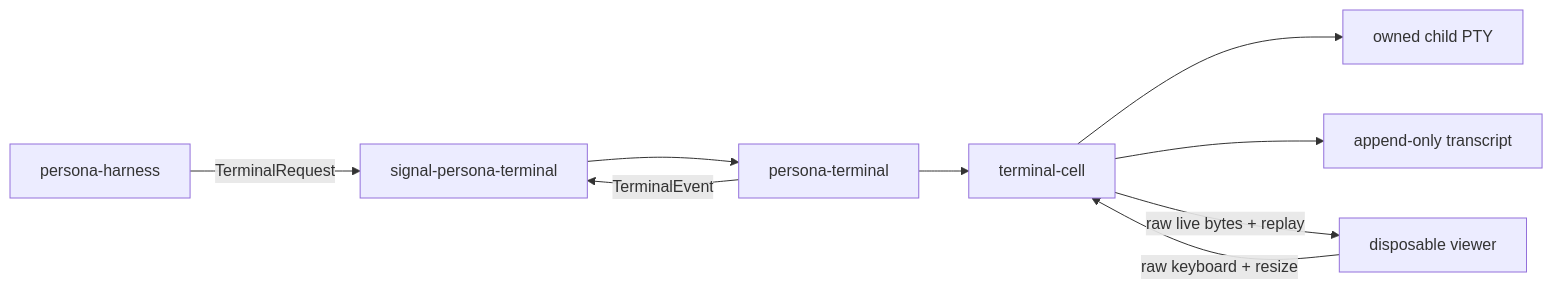
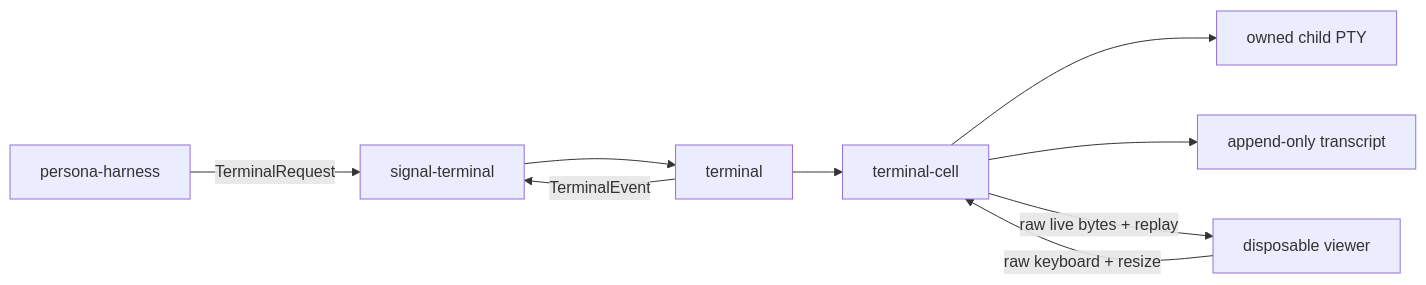
The diagram in reports/1-terminal-backend-survey.md (LiGoldragon/terminal), drawn with Mermaid before and after one commit. The commit also changed other lines of this file and 45 other files, not shown here.

Commit message:
terminal: rename from persona-terminal

````diff
--- a/reports/1-terminal-backend-survey.md
+++ b/reports/1-terminal-backend-survey.md
@@ -16,11 +16,11 @@
 ```mermaid
 flowchart LR
-    harness["persona-harness"] -->|"TerminalRequest"| contract["signal-persona-terminal"]
-    contract --> terminal["persona-terminal"]
+    harness["persona-harness"] -->|"TerminalRequest"| contract["signal-terminal"]
+    contract --> terminal["terminal"]
     terminal -->|"TerminalEvent"| contract
     terminal --> cell["terminal-cell"]
     cell --> pty["owned child PTY"]
     cell --> transcript["append-only transcript"]
     viewer["disposable viewer"] -->|"raw keyboard + resize"| cell
     cell -->|"raw live bytes + replay"| viewer
 ```
````
